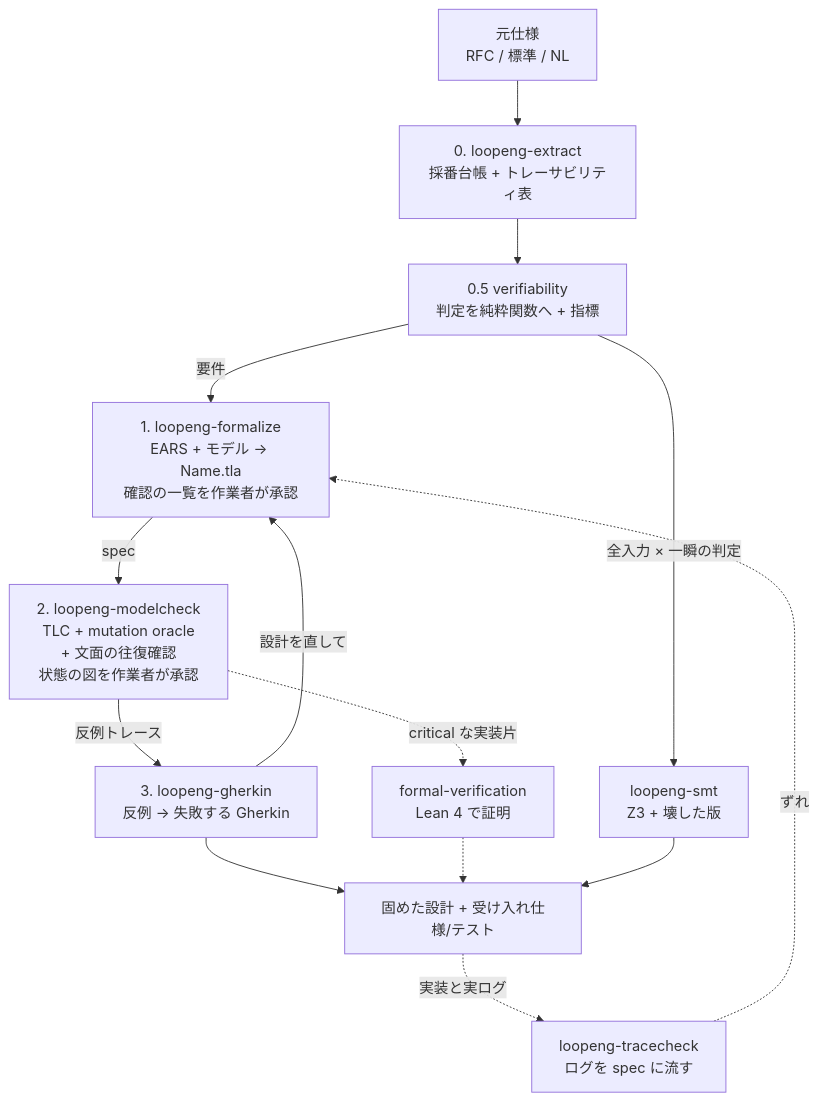
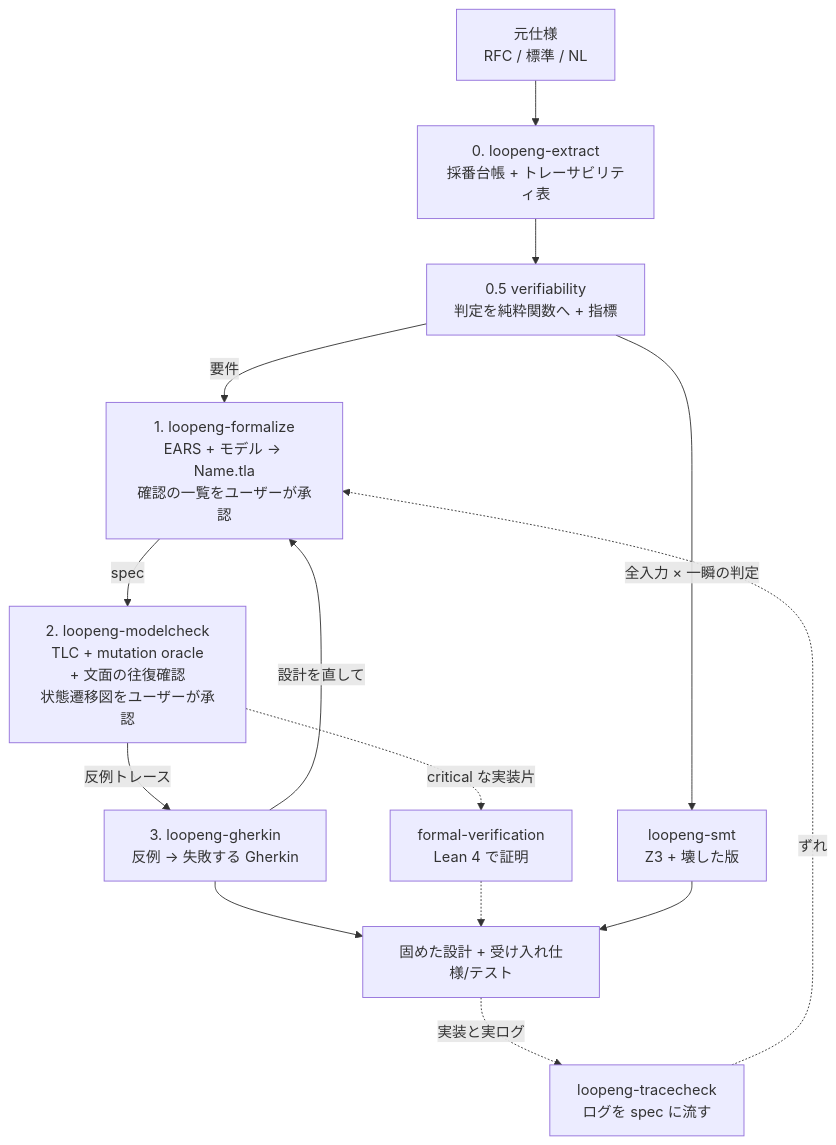
Before and after one commit to Hakkadaikon/hymme: the diagram in skills/loop-engineering/SKILL.md, drawn with Mermaid. The commit also changed other lines of this file and 60 other files, not shown here.

````diff
--- a/skills/loop-engineering/SKILL.md
+++ b/skills/loop-engineering/SKILL.md
@@ -55,16 +55,16 @@
 ```mermaid
 flowchart TD
     SPEC[元仕様<br/>RFC / 標準 / NL] --> L0[0. loopeng-extract<br/>採番台帳 + トレーサビリティ表]
     L0 --> V[0.5 verifiability<br/>判定を純粋関数へ + 指標]
-    V -->|要件| L1[1. loopeng-formalize<br/>EARS + モデル → Name.tla<br/>確認の一覧を作業者が承認]
-    L1 -->|spec| L2[2. loopeng-modelcheck<br/>TLC + mutation oracle<br/>+ 文面の往復確認<br/>状態の図を作業者が承認]
+    V -->|要件| L1[1. loopeng-formalize<br/>EARS + モデル → Name.tla<br/>確認の一覧をユーザーが承認]
+    L1 -->|spec| L2[2. loopeng-modelcheck<br/>TLC + mutation oracle<br/>+ 文面の往復確認<br/>状態遷移図をユーザーが承認]
     L2 -->|反例トレース| L3[3. loopeng-gherkin<br/>反例 → 失敗する Gherkin]
     L3 -->|設計を直して| L1
     L2 -.->|critical な実装片| LEAN[formal-verification<br/>Lean 4 で証明]
     L3 --> OUT[固めた設計 + 受け入れ仕様/テスト]
     LEAN -.-> OUT
     V -->|全入力 × 一瞬の判定| SMT[loopeng-smt<br/>Z3 + 壊した版]
     SMT --> OUT
     OUT -.->|実装と実ログ| TC[loopeng-tracecheck<br/>ログを spec に流す]
     TC -.->|ずれ| L1
 ```
````
